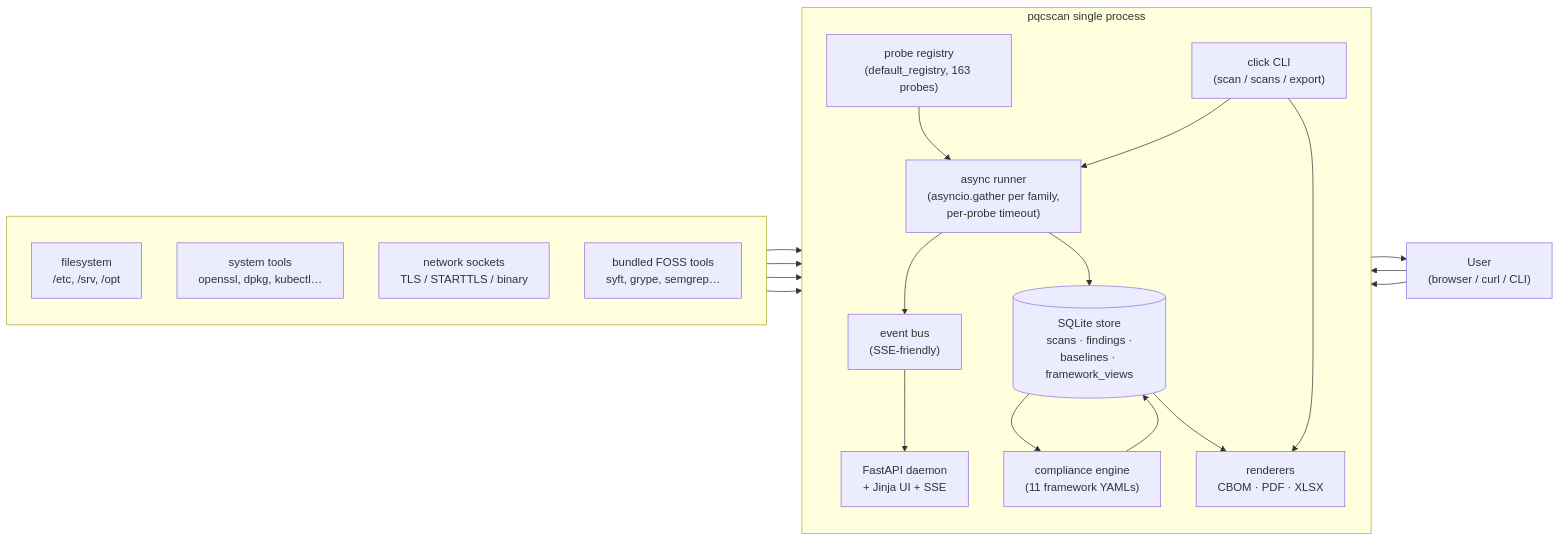
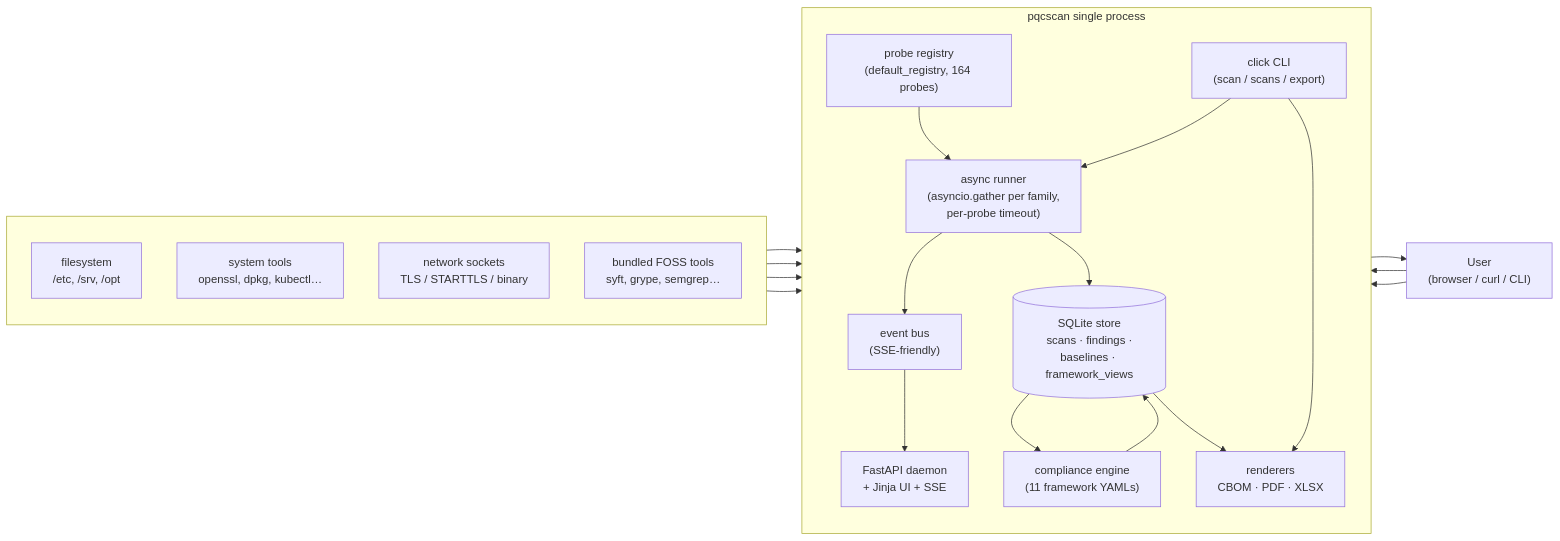
One commit to orengacademy/pqc-scanner2 changed the first of 8 diagrams in README.md. Above: the diagram before and after it, drawn with Mermaid. The commit also changed other lines of this file and 7 other files, not shown here.

````diff
--- a/README.md
+++ b/README.md
@@ -34,39 +34,39 @@
 ```mermaid
 flowchart LR
     subgraph host[" "]
         direction TB
         FS["filesystem<br/>/etc, /srv, /opt"]
         SYS["system tools<br/>openssl, dpkg, kubectl…"]
         NET["network sockets<br/>TLS / STARTTLS / binary"]
         FOSS["bundled FOSS tools<br/>syft, grype, semgrep…"]
     end
 
     subgraph proc["pqcscan single process"]
         direction TB
-        REG["probe registry<br/>(default_registry, 163 probes)"]
+        REG["probe registry<br/>(default_registry, 164 probes)"]
         RUN["async runner<br/>(asyncio.gather per family,<br/>per-probe timeout)"]
         BUS["event bus<br/>(SSE-friendly)"]
         REPO[("SQLite store<br/>scans · findings ·<br/>baselines · framework_views")]
         COMP["compliance engine<br/>(11 framework YAMLs)"]
         DAEMON["FastAPI daemon<br/>+ Jinja UI + SSE"]
         CLI["click CLI<br/>(scan / scans / export)"]
         REND["renderers<br/>CBOM · PDF · XLSX"]
     end
 
     USER["User<br/>(browser / curl / CLI)"]
 
     FS  --> RUN
     SYS --> RUN
     NET --> RUN
     FOSS --> RUN
     REG --> RUN
     RUN --> BUS --> DAEMON
     RUN --> REPO
     REPO --> COMP --> REPO
     REPO --> REND
     DAEMON --> USER
     CLI   --> RUN
     CLI   --> REND
     USER  --> DAEMON
     USER  --> CLI
 ```
````
